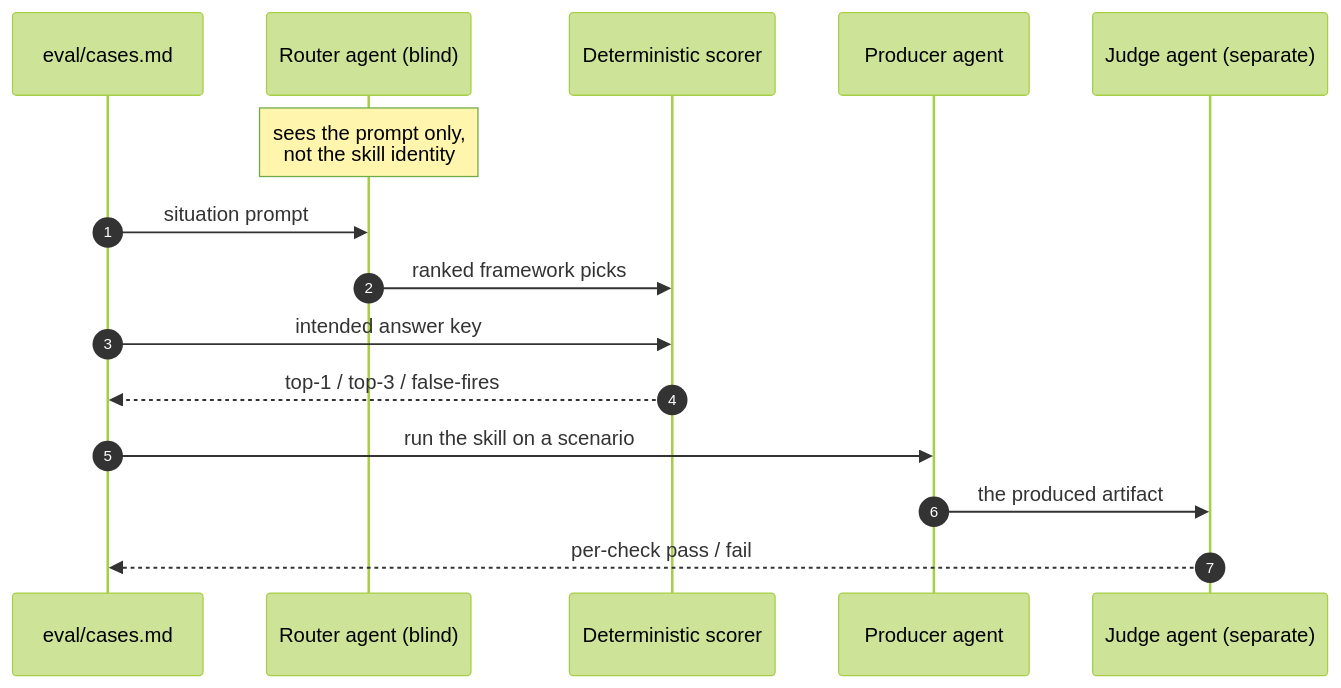
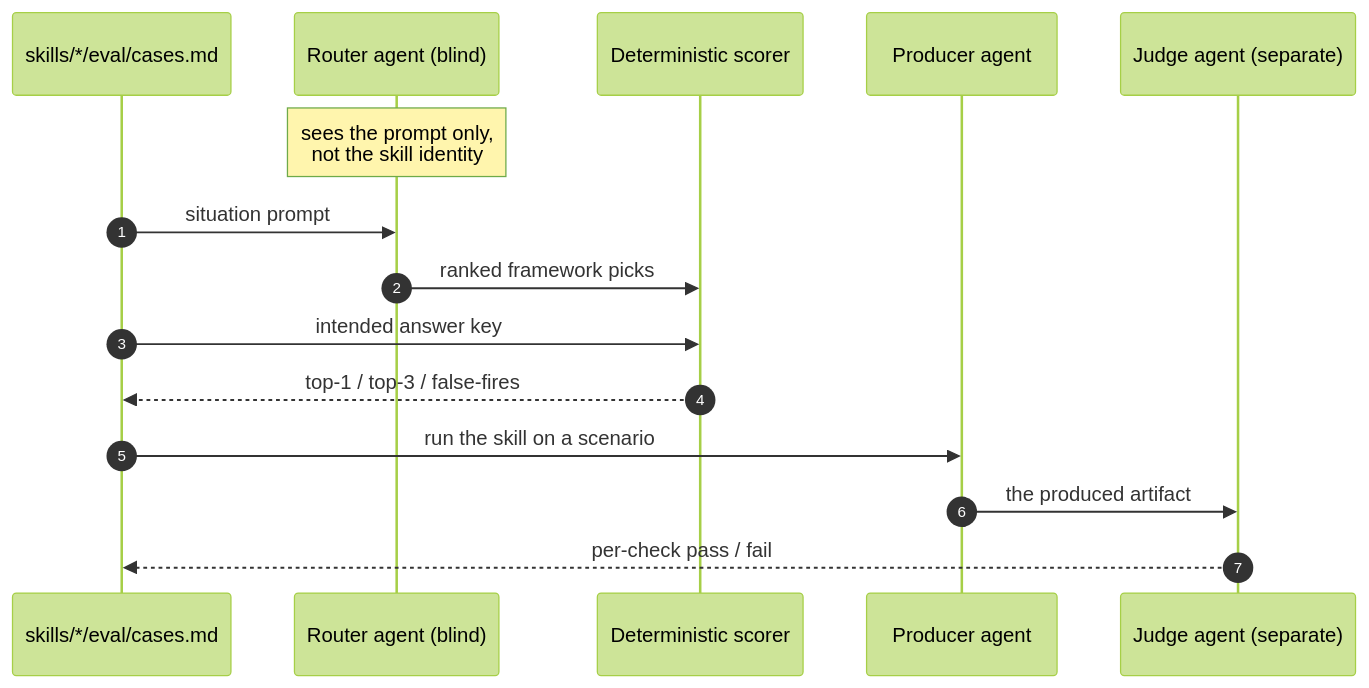
The diagram in site/src/content/docs/start/does-this-work.mdx (product-on-purpose/thinking-framework-skills), drawn with Mermaid (forest theme) before and after one commit. The commit also changed 5 other files, not shown here.

First line of the commit message:
fix(diagrams): resolve codex adversarial-review findings (Plan 4 fix pass)

````diff
--- a/site/src/content/docs/start/does-this-work.mdx
+++ b/site/src/content/docs/start/does-this-work.mdx
@@ -44,17 +44,17 @@
 ```mermaid
 sequenceDiagram
   autonumber
-  participant Cases as eval/cases.md
+  participant Cases as skills/*/eval/cases.md
   participant Router as Router agent (blind)
   participant Scorer as Deterministic scorer
   participant Producer as Producer agent
   participant Judge as Judge agent (separate)
   Note over Router: sees the prompt only,<br/>not the skill identity
   Cases->>Router: situation prompt
   Router->>Scorer: ranked framework picks
   Cases->>Scorer: intended answer key
   Scorer-->>Cases: top-1 / top-3 / false-fires
   Cases->>Producer: run the skill on a scenario
   Producer->>Judge: the produced artifact
   Judge-->>Cases: per-check pass / fail
 ```
````
